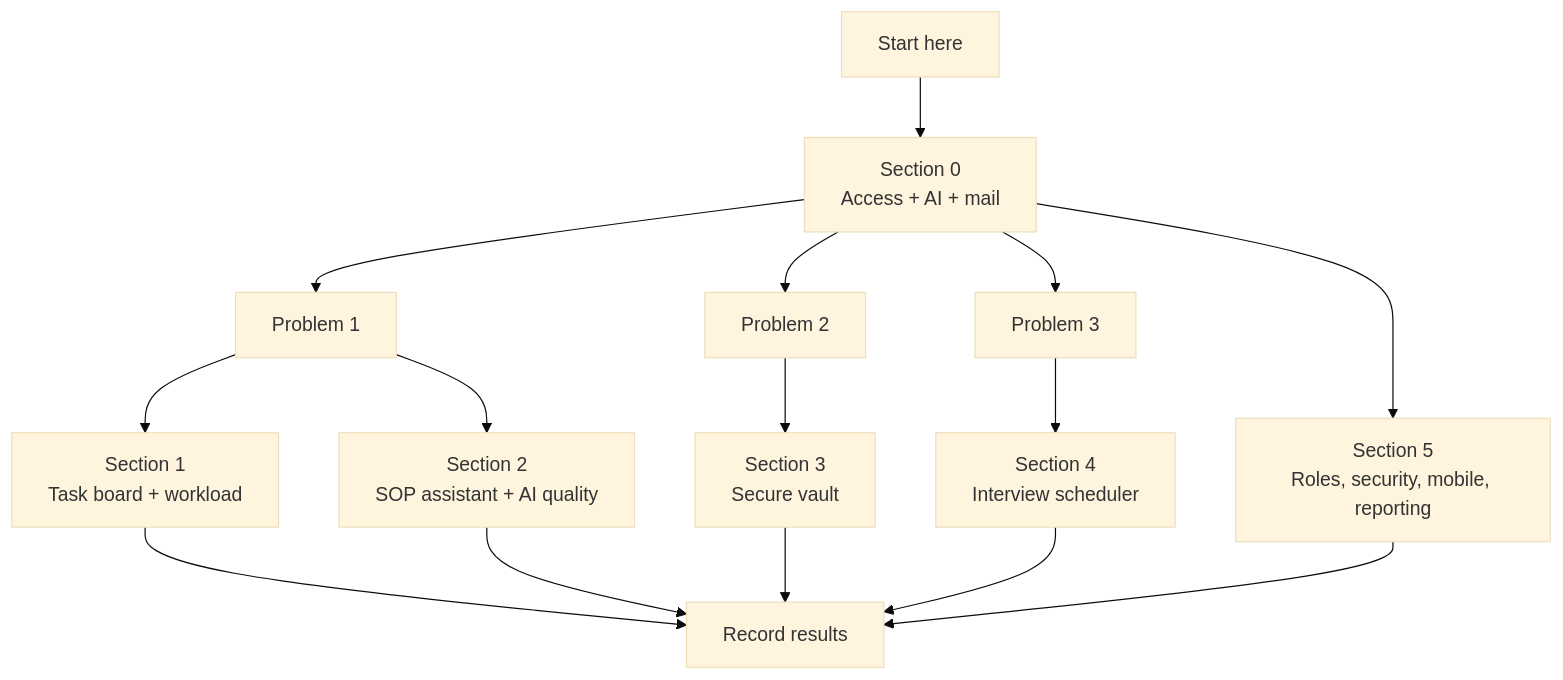
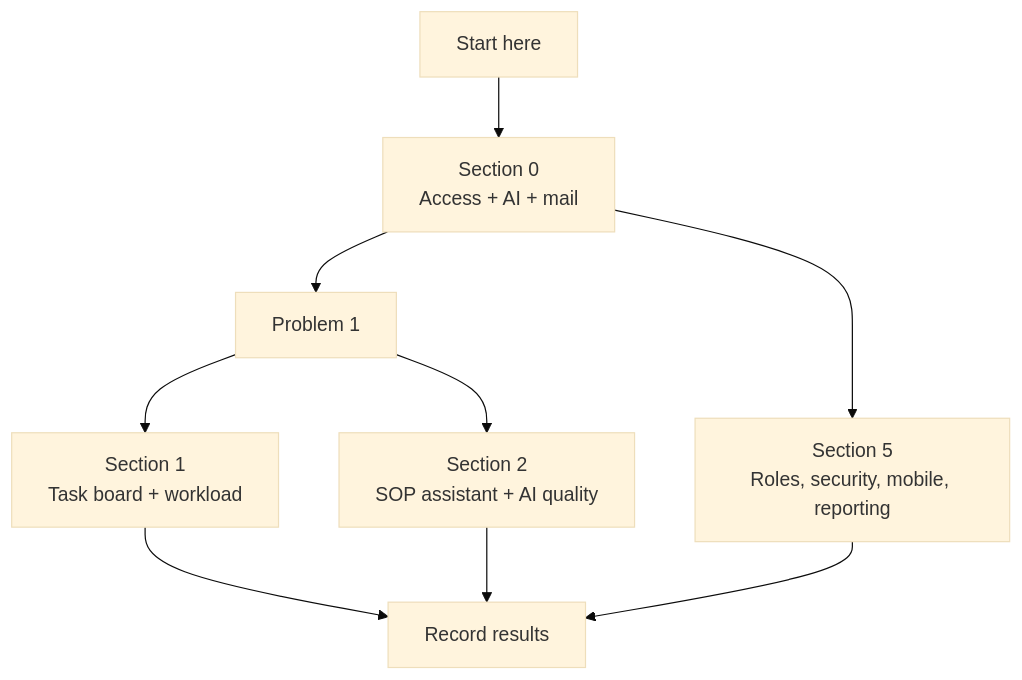
The first of 25 diagrams in docs/TESTER_GUIDE.md (DeepxD-code/LeadDesk), drawn with Mermaid (base theme) before and after one commit. The commit also changed other lines of this file and 3 other files, not shown here.

Commit message:
Tester guide: cut vault and interview sections to 21 checks

````diff
--- a/docs/TESTER_GUIDE.md
+++ b/docs/TESTER_GUIDE.md
@@ -32,17 +32,11 @@
 ```mermaid
 flowchart TB
   S["Start here"] --> A["Section 0<br/>Access + AI + mail"]
   A --> P1["Problem 1"]
   P1 --> S1["Section 1<br/>Task board + workload"]
   P1 --> S2["Section 2<br/>SOP assistant + AI quality"]
-  A --> P2["Problem 2"]
-  P2 --> S3["Section 3<br/>Secure vault"]
-  A --> P3["Problem 3"]
-  P3 --> S4["Section 4<br/>Interview scheduler"]
   A --> X["Section 5<br/>Roles, security, mobile, reporting"]
   S1 --> R["Record results"]
   S2 --> R
-  S3 --> R
-  S4 --> R
   X --> R
 ```
````
